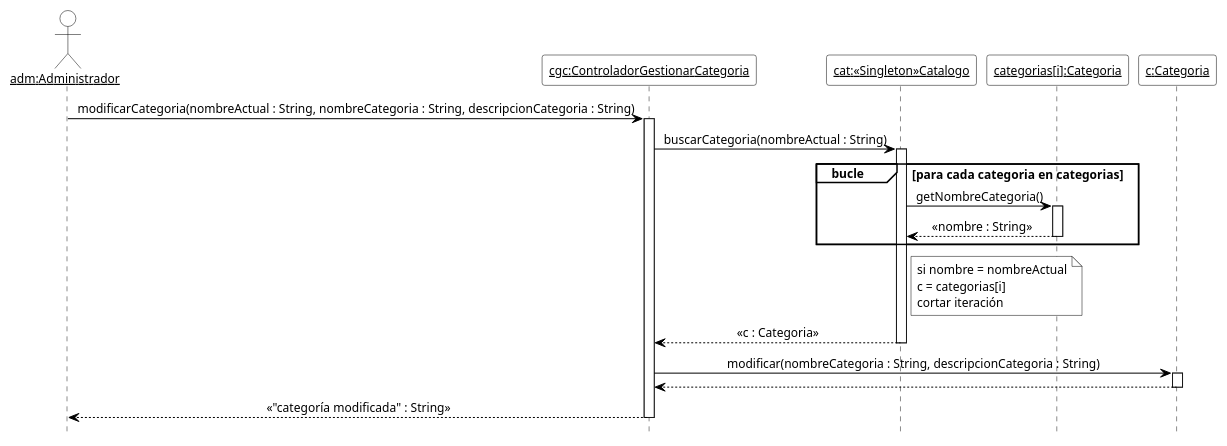
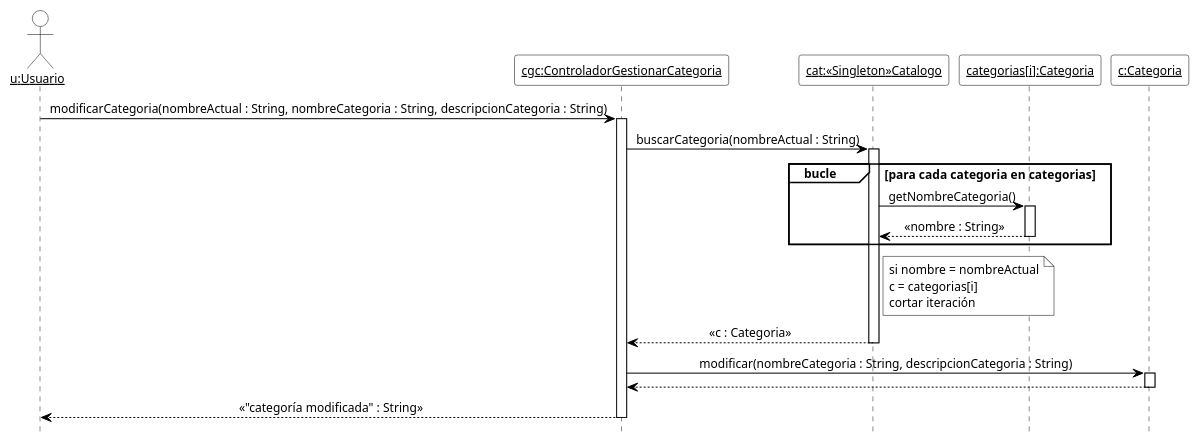
Before and after one commit to cirotop/Stock-Project: the sixth of 18 diagrams in 08-Diagrama De Secuencia/Diagramas_de_Secuencia.md, drawn with PlantUML. The commit also changed other lines of this file and 36 other files, not shown here.

````diff
--- a/08-Diagrama De Secuencia/Diagramas_de_Secuencia.md
+++ b/08-Diagrama De Secuencia/Diagramas_de_Secuencia.md
@@ -379,48 +379,48 @@
 ```plantuml
 @startuml DSD_CU-03_modificarCategoria
 ' Diagrama de Secuencia de Diseño (DSD) - CU-03 Gestionar categoría - modificarCategoria
 ' Estilo de los ejemplos de la teoría (introducirArticulo / crearNuevaVenta).
 hide footbox
 skinparam shadowing false
 skinparam defaultFontName Arial
 skinparam defaultFontSize 12
 skinparam sequenceMessageAlign center
 skinparam ArrowColor black
 skinparam ParticipantBackgroundColor white
 skinparam ParticipantBorderColor black
 skinparam CollectionsBackgroundColor white
 skinparam CollectionsBorderColor black
 skinparam ActorBackgroundColor white
 skinparam ActorBorderColor black
 skinparam LifeLineBorderColor black
 skinparam LifeLineBackgroundColor white
 skinparam SequenceGroupBackgroundColor white
 skinparam SequenceGroupBorderColor black
 skinparam SequenceGroupHeaderFontColor black
 skinparam NoteBackgroundColor white
 skinparam NoteBorderColor black
 
-actor "<u>adm:Administrador</u>" as adm
+actor "<u>u:Usuario</u>" as u
 participant "<u>cgc:ControladorGestionarCategoria</u>" as cgc
 participant "<u>cat:«Singleton»Catalogo</u>" as cat
 participant "<u>categorias[i]:Categoria</u>" as ki
 participant "<u>c:Categoria</u>" as c
 
-adm -> cgc ++ : modificarCategoria(nombreActual : String, nombreCategoria : String, descripcionCategoria : String)
+u -> cgc ++ : modificarCategoria(nombreActual : String, nombreCategoria : String, descripcionCategoria : String)
 cgc -> cat ++ : buscarCategoria(nombreActual : String)
 group bucle [para cada categoria en categorias]
   cat -> ki ++ : getNombreCategoria()
   ki --> cat -- : «nombre : String»
 end
 note right of cat
   si nombre = nombreActual
   c = categorias[i]
   cortar iteración
 end note
 cat --> cgc -- : «c : Categoria»
 cgc -> c ++ : modificar(nombreCategoria : String, descripcionCategoria : String)
 c --> cgc --
-cgc --> adm -- : «"categoría modificada" : String»
+cgc --> u -- : «"categoría modificada" : String»
 
 @enduml
 ```
````
